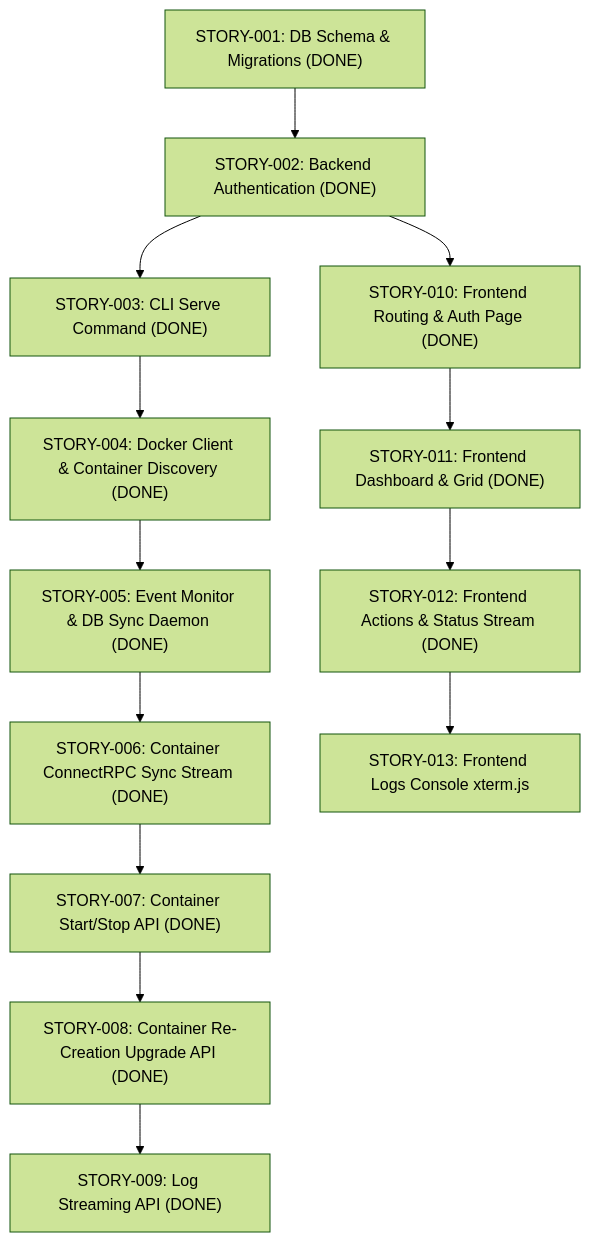
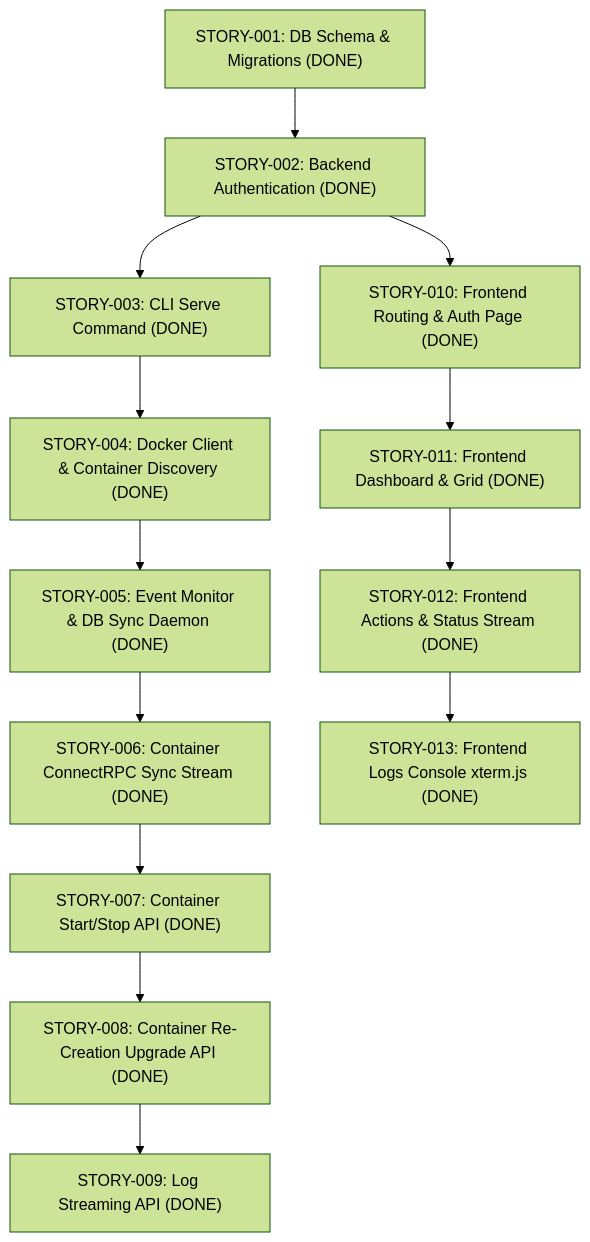
The diagram in docs/stories.md (noosxe/dmanager), drawn with Mermaid (forest theme) before and after one commit. The commit also changed other lines of this file and 5 other files, not shown here.

First line of the commit message:
feat: implement container logs terminal console drawer with xterm.js (#30)

````diff
--- a/docs/stories.md
+++ b/docs/stories.md
@@ -5,15 +5,15 @@
 ```mermaid
 graph TD
     S1["STORY-001: DB Schema & Migrations (DONE)"] --> S2["STORY-002: Backend Authentication (DONE)"]
     S2 --> S3["STORY-003: CLI Serve Command (DONE)"]
     S3 --> S4["STORY-004: Docker Client & Container Discovery (DONE)"]
     S4 --> S5["STORY-005: Event Monitor & DB Sync Daemon (DONE)"]
     S5 --> S6["STORY-006: Container ConnectRPC Sync Stream (DONE)"]
     S6 --> S7["STORY-007: Container Start/Stop API (DONE)"]
     S7 --> S8["STORY-008: Container Re-Creation Upgrade API (DONE)"]
     S8 --> S9["STORY-009: Log Streaming API (DONE)"]
     S2 --> F1["STORY-010: Frontend Routing & Auth Page (DONE)"]
     F1 --> F2["STORY-011: Frontend Dashboard & Grid (DONE)"]
     F2 --> F3["STORY-012: Frontend Actions & Status Stream (DONE)"]
-    F3 --> F4[STORY-013: Frontend Logs Console xterm.js]
+    F3 --> F4["STORY-013: Frontend Logs Console xterm.js (DONE)"]
 ```
````
